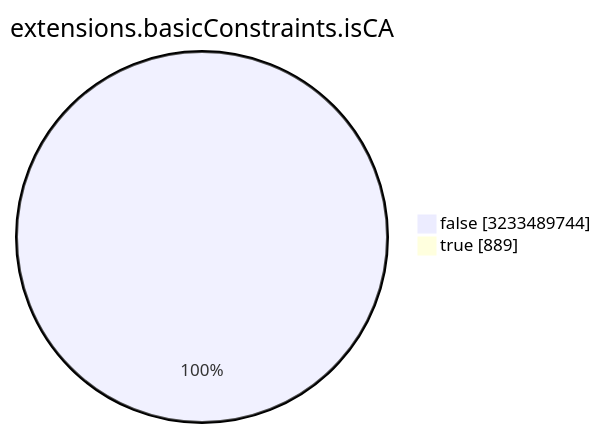
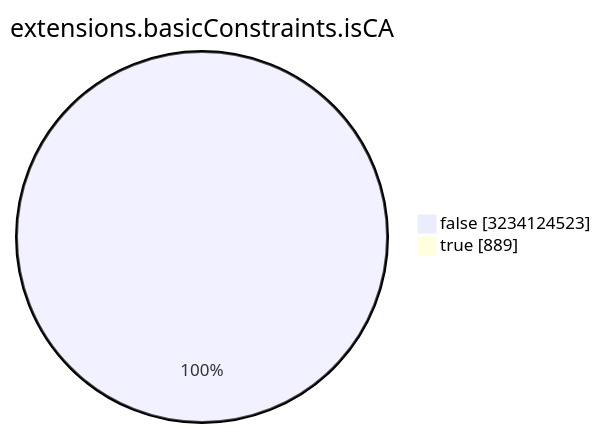
The seventh of 15 diagrams in TOTAL/README.md (christiankrug/ctmonitor_visualization), drawn with Mermaid before and after one commit. The commit also changed other lines of this file, not shown here.

````diff
--- a/TOTAL/README.md
+++ b/TOTAL/README.md
@@ -3088,6 +3088,6 @@
 ```mermaid
 pie showData
 title extensions.basicConstraints.isCA
-"false" :3233489744
+"false" :3234124523
 "true" :889
 ```
````
